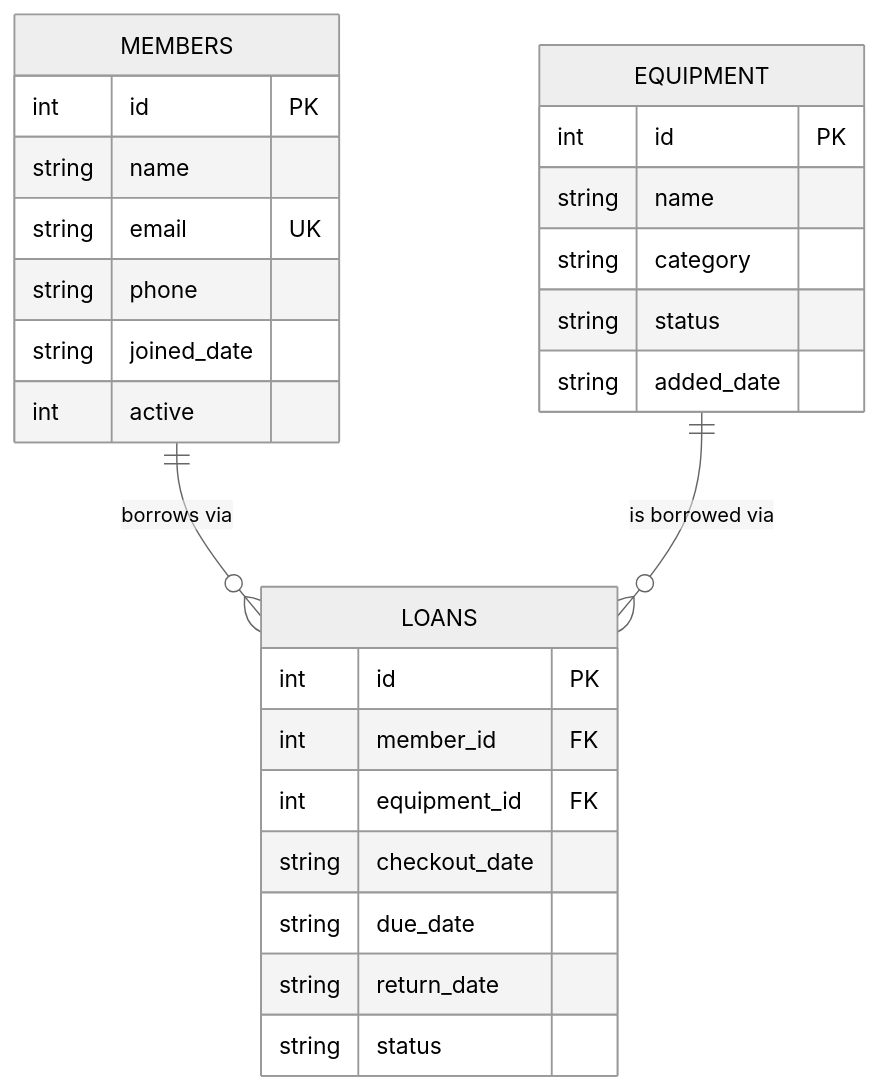
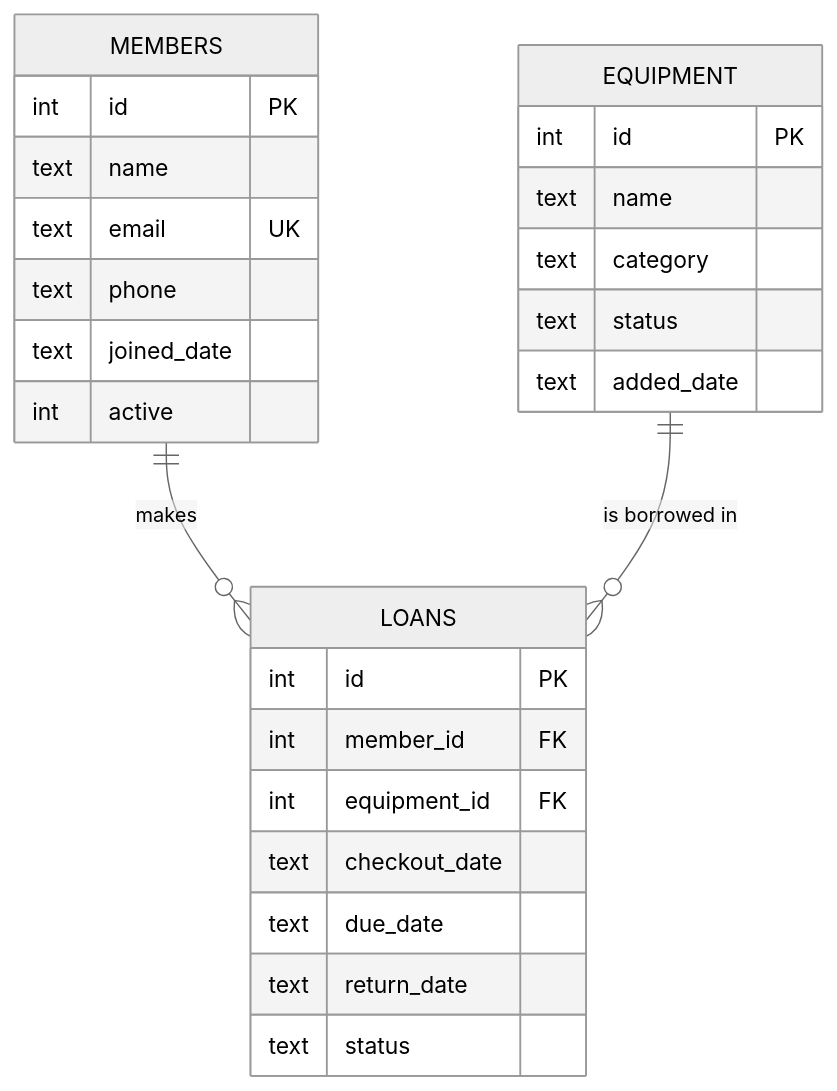
One commit to engsostene1/Lab_MakerSpace changed the diagram in DESIGN.md. Above: the diagram before and after it, drawn with Mermaid (neutral theme). The commit also changed other lines of this file and 13 other files, not shown here.

````diff
--- a/DESIGN.md
+++ b/DESIGN.md
@@ -5,30 +45,32 @@
 ```mermaid
 erDiagram
-    MEMBERS ||--o{ LOANS : "borrows via"
-    EQUIPMENT ||--o{ LOANS : "is borrowed via"
+    MEMBERS ||--o{ LOANS : "makes"
+    EQUIPMENT ||--o{ LOANS : "is borrowed in"
 
     MEMBERS {
-        int id PK
-        string name
-        string email UK
-        string phone
-        string joined_date
-        int active
+        int     id PK
+        text    name
+        text    email UK
+        text    phone
+        text    joined_date
+        int     active
     }
+
     EQUIPMENT {
-        int id PK
-        string name
-        string category
-        string status
-        string added_date
+        int     id PK
+        text    name
+        text    category
+        text    status
+        text    added_date
     }
+
     LOANS {
-        int id PK
-        int member_id FK
-        int equipment_id FK
-        string checkout_date
-        string due_date
-        string return_date
-        string status
+        int     id PK
+        int     member_id FK
+        int     equipment_id FK
+        text    checkout_date
+        text    due_date
+        text    return_date
+        text    status
     }
 ```
````
